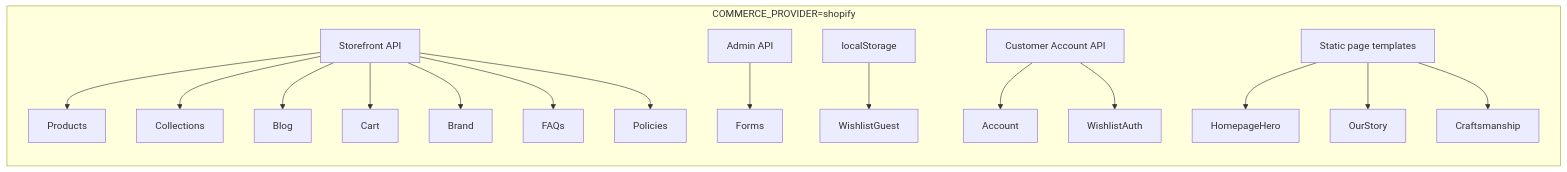
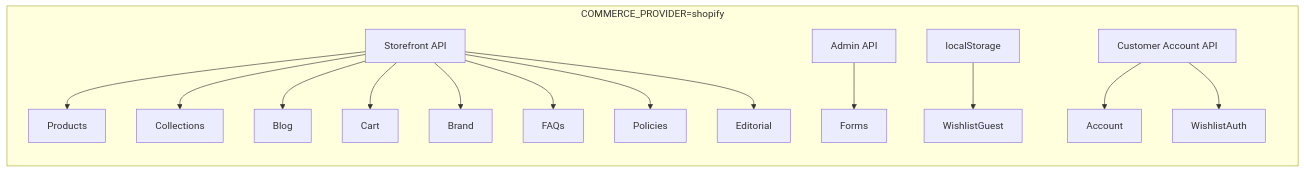
One commit to thekashmirweaver-design/storefront changed the first of 2 diagrams in docs/shopify-driven-roadmap.md. Above: the diagram before and after it, drawn with Mermaid. The commit also changed other lines of this file and 21 other files, not shown here.

````diff
--- a/docs/shopify-driven-roadmap.md
+++ b/docs/shopify-driven-roadmap.md
@@ -68,23 +68,20 @@
 ```mermaid
 flowchart LR
   subgraph shopify [COMMERCE_PROVIDER=shopify]
     SF[Storefront API]
     Admin[Admin API]
     LS[localStorage]
-    Static[Static page templates]
     SF --> Products
     SF --> Collections
     SF --> Blog
     SF --> Cart
     SF --> Brand
     SF --> FAQs
     SF --> Policies
+    SF --> Editorial
     Admin --> Forms
     LS --> WishlistGuest
     CA[Customer Account API] --> Account
     CA --> WishlistAuth
-    Static --> HomepageHero
-    Static --> OurStory
-    Static --> Craftsmanship
   end
 ```
````
